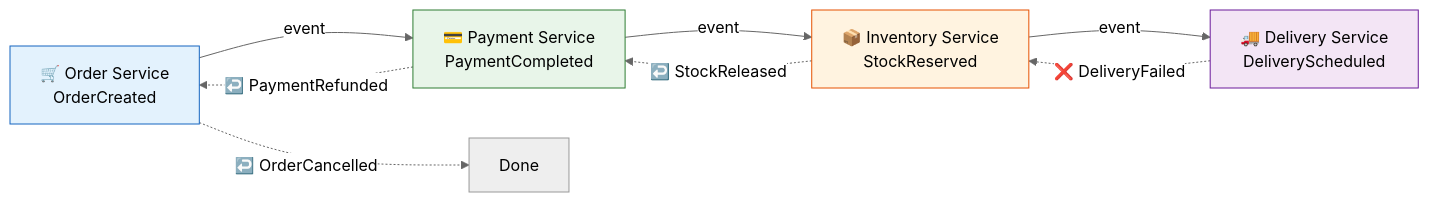
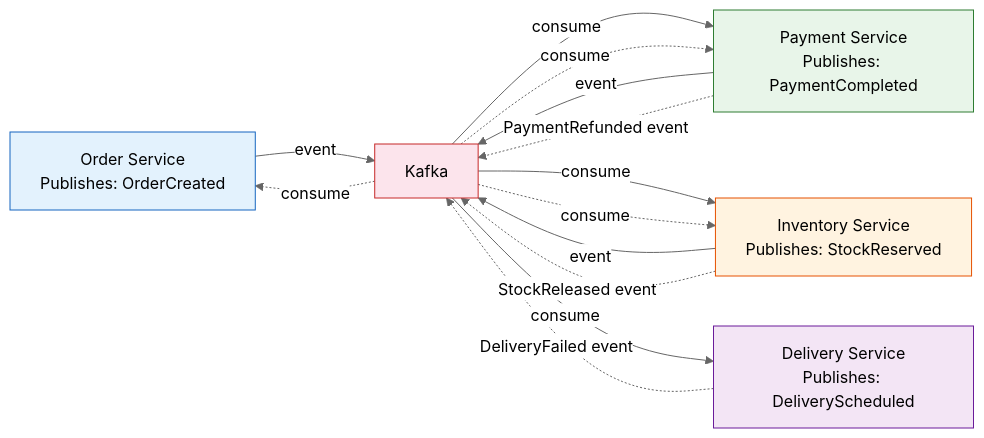
Before and after one commit to saivamsikaruturi/vamsilabs-dev-notes-main: the third of 7 diagrams in docs/microservices/SagaDesignPattern.md, drawn with Mermaid (neutral theme). The commit also changed other lines of this file and 21 other files, not shown here.

````diff
--- a/docs/microservices/SagaDesignPattern.md
+++ b/docs/microservices/SagaDesignPattern.md
@@ -79,16 +139,22 @@
 ```mermaid
 flowchart LR
-    OS["🛒 Order Service<br/>OrderCreated"] -->|event| PS["💳 Payment Service<br/>PaymentCompleted"]
-    PS -->|event| IS["📦 Inventory Service<br/>StockReserved"]
-    IS -->|event| DS["🚚 Delivery Service<br/>DeliveryScheduled"]
+    OS["Order Service<br/>Publishes: OrderCreated"] -->|event| K["Kafka"]
+    K -->|consume| PS["Payment Service<br/>Publishes: PaymentCompleted"]
+    PS -->|event| K
+    K -->|consume| IS["Inventory Service<br/>Publishes: StockReserved"]
+    IS -->|event| K
+    K -->|consume| DS["Delivery Service<br/>Publishes: DeliveryScheduled"]
     
-    DS -.->|"❌ DeliveryFailed"| IS
-    IS -.->|"↩️ StockReleased"| PS
-    PS -.->|"↩️ PaymentRefunded"| OS
-    OS -.->|"↩️ OrderCancelled"| Done["Done"]
+    DS -.->|"DeliveryFailed event"| K
+    K -.->|consume| IS
+    IS -.->|"StockReleased event"| K
+    K -.->|consume| PS
+    PS -.->|"PaymentRefunded event"| K
+    K -.->|consume| OS
 
     style OS fill:#E3F2FD,stroke:#1565C0,color:#000
     style PS fill:#E8F5E9,stroke:#2E7D32,color:#000
     style IS fill:#FFF3E0,stroke:#E65100,color:#000
     style DS fill:#F3E5F5,stroke:#6A1B9A,color:#000
+    style K fill:#FCE4EC,stroke:#C62828,color:#000
 ```
````
